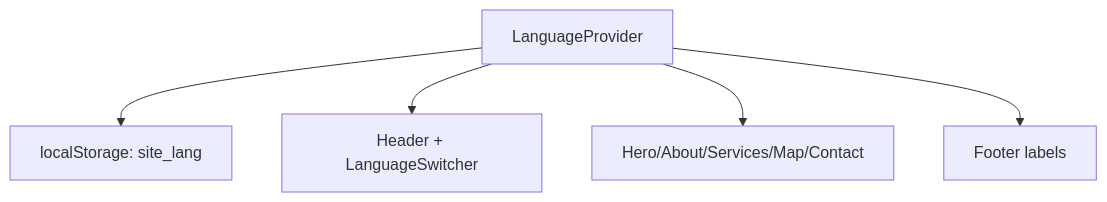
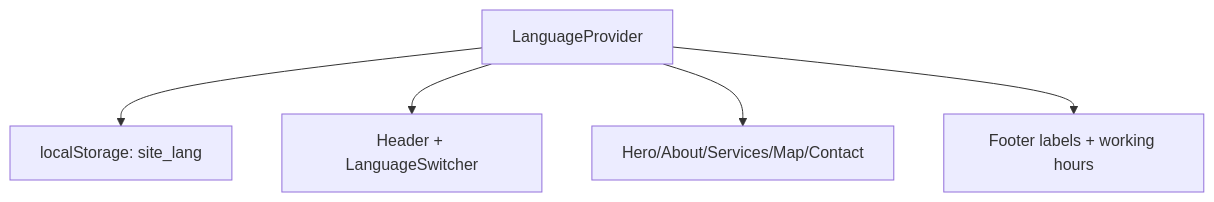
Before and after one commit to ipavic933-spec/website-pavic: the diagram in lode/ui/language-support.md, drawn with Mermaid. The commit also changed 12 other files, not shown here.

````diff
--- a/lode/ui/language-support.md
+++ b/lode/ui/language-support.md
@@ -10,7 +10,7 @@
 ```mermaid
 flowchart TD
   Provider["LanguageProvider"] --> Storage["localStorage: site_lang"]
   Provider --> Header["Header + LanguageSwitcher"]
   Provider --> Sections["Hero/About/Services/Map/Contact"]
-  Provider --> Footer["Footer labels"]
+  Provider --> Footer["Footer labels + working hours"]
 ```
````
